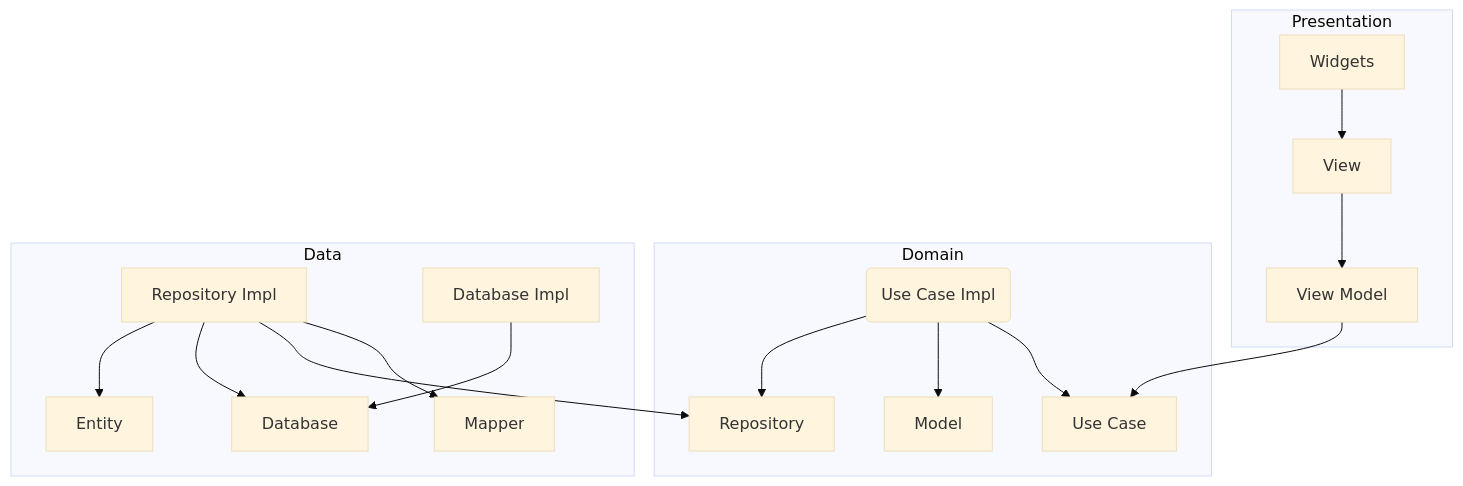
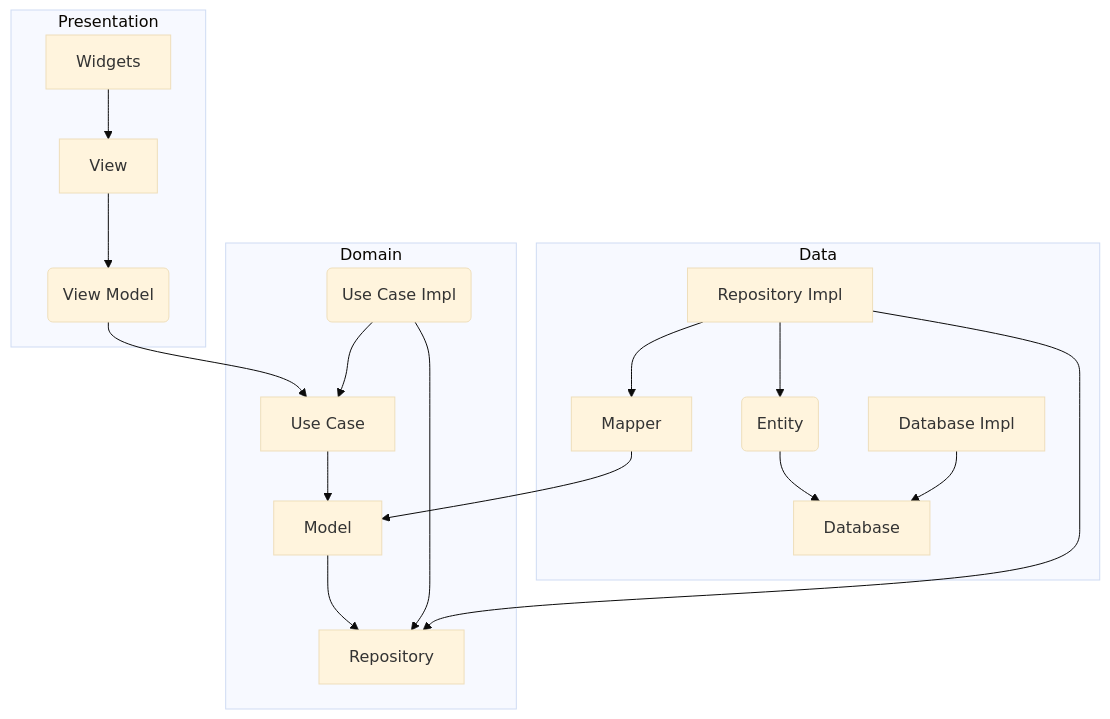
Before and after one commit to okaryo/CleanArchitectureTodoAppTrainingWithFlutter: the diagram in README.md, drawn with Mermaid (base theme).

````diff
--- a/README.md
+++ b/README.md
@@ -16,20 +16,21 @@
 ```mermaid
 flowchart TD
+    VM[View Model]-->U(Use Case)
+    MP[Mapper]-->MD[Model]
     subgraph Presentation
     V[View]-->VM(View Model)
     W[Widgets]-->V[View]
     end
     subgraph Domain
-    VM[View Model]-->U(Use Case)
     UI(Use Case Impl)-->U[Use Case]
-    UI(Use Case Impl)-->MD[Model]
+    U[Use Case]-->MD[Model]-->R[Repository]
     UI(Use Case Impl)-->R[Repository]
     end
     subgraph Data
     RI[Repository Impl]-->MP[Mapper]
     RI[Repository Impl]-->R[Repository]
-    RI[Repository Impl]-->D[Database]
+    E(Entity)-->D[Database]
     DI[Database Impl]-->D[Database]
-    RI[Repository Impl]-->E[Entity]
+    RI[Repository Impl]-->E(Entity)
     end
 ```
````
